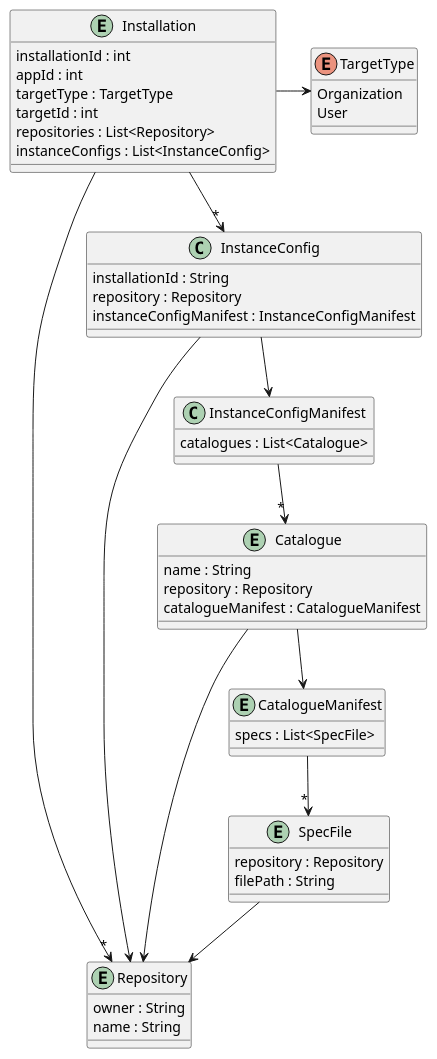
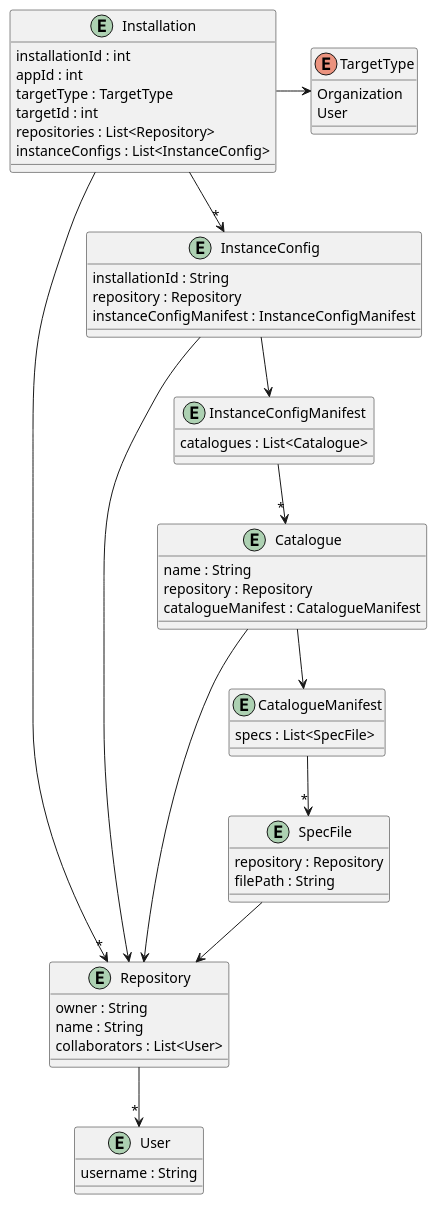
One commit to specmore/spectacular changed the diagram in github-service/docs/domain-model/entities.plantuml. Above: the diagram before and after it, drawn with PlantUML. The commit also changed 5 other files, not shown here.

```diff
--- a/github-service/docs/domain-model/entities.plantuml
+++ b/github-service/docs/domain-model/entities.plantuml
@@ -1,63 +1,70 @@
 @startuml entities
 
 enum TargetType {
     Organization
     User
 }
 
+entity User {
+    username : String
+}
+
 entity Repository {
     owner : String
     name : String
+    collaborators : List<User>
 }
+
+Repository --> "*" User
 
 entity Installation {
     installationId : int
     appId : int
     targetType : TargetType
     targetId : int
     repositories : List<Repository>
     instanceConfigs : List<InstanceConfig>
 }
 
 Installation -> TargetType
 Installation --> "*" Repository
 
-class InstanceConfig {
+entity InstanceConfig {
   installationId : String
   repository : Repository
   instanceConfigManifest : InstanceConfigManifest
 }
 
 Installation --> "*" InstanceConfig
 InstanceConfig --> Repository
 
-class InstanceConfigManifest {
+entity InstanceConfigManifest {
   catalogues : List<Catalogue>
 }
 
 InstanceConfig --> InstanceConfigManifest
 
 entity Catalogue {
     name : String
     repository : Repository
     catalogueManifest : CatalogueManifest
 }
 
 InstanceConfigManifest --> "*" Catalogue
 Catalogue --> Repository
 
 entity CatalogueManifest {
     specs : List<SpecFile>
 }
 
 Catalogue --> CatalogueManifest
 
 entity SpecFile {
     repository : Repository
     filePath : String
 }
 
 CatalogueManifest --> "*" SpecFile
 SpecFile --> Repository
 
 @enduml
```
